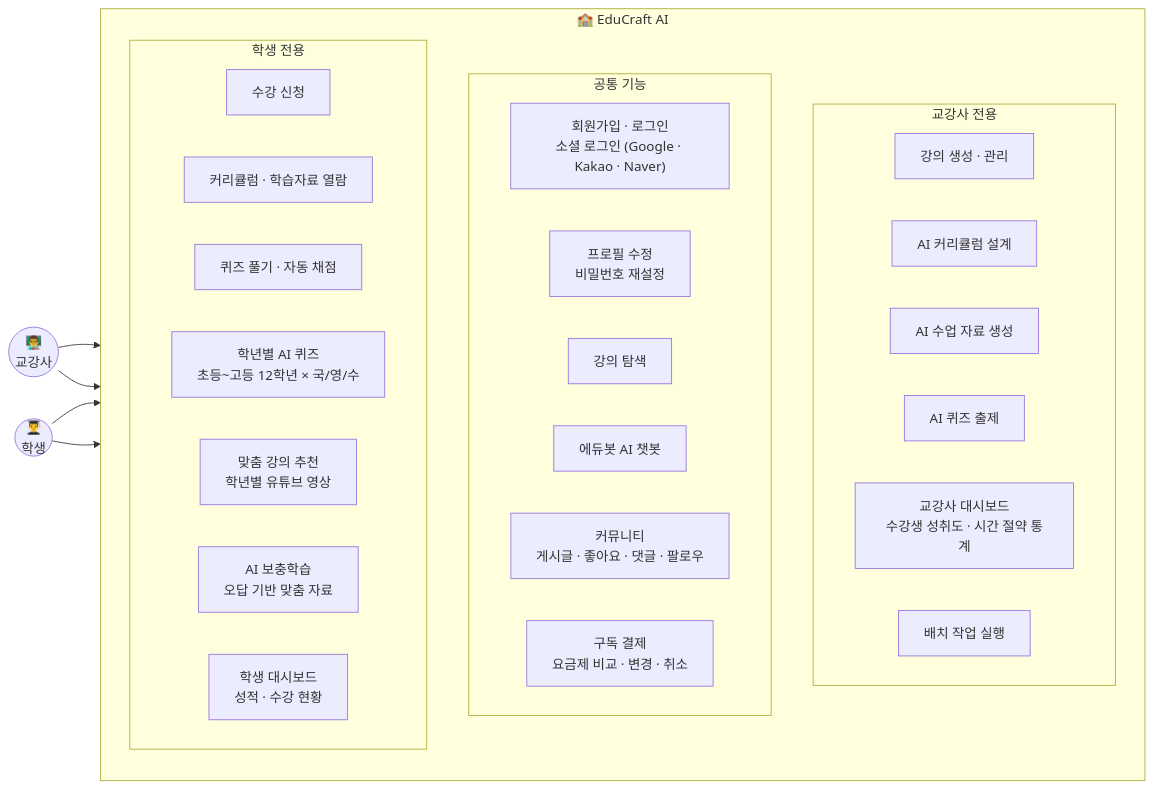
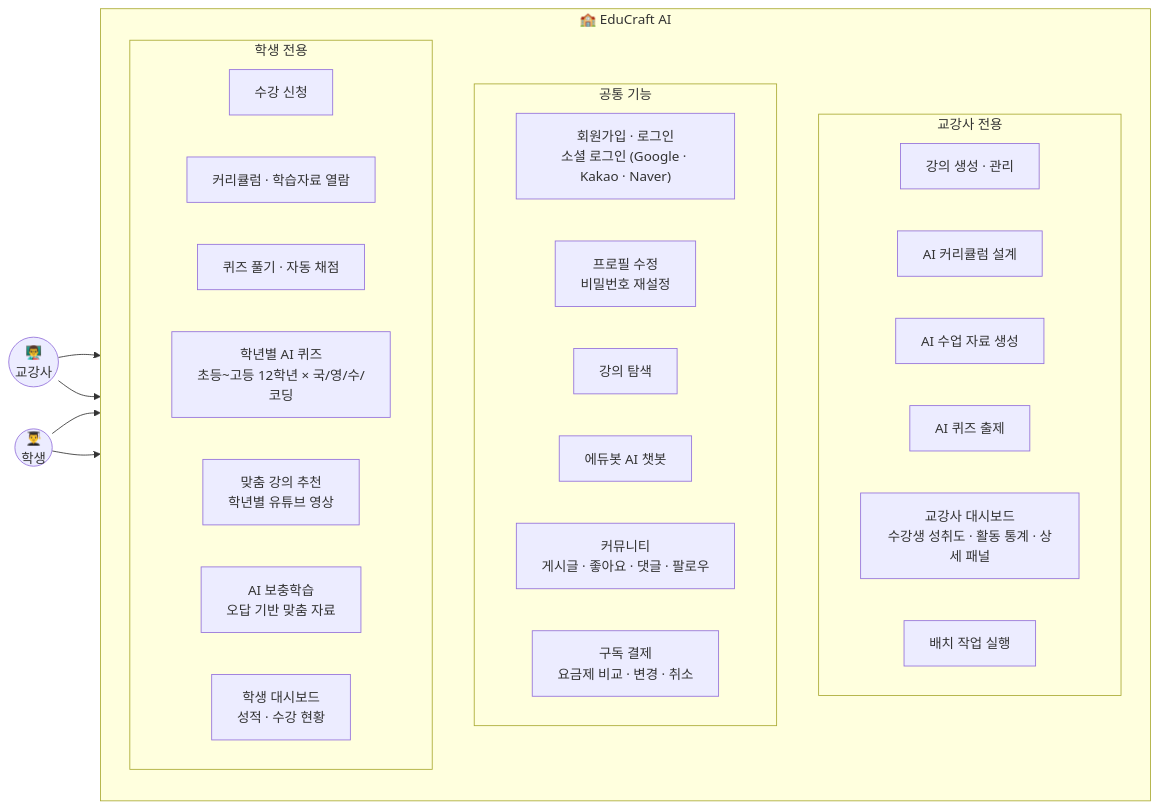
One commit to GEONHO96/EduCraft-AI changed the third of 4 diagrams in README.md. Above: the diagram before and after it, drawn with Mermaid. The commit also changed other lines of this file and 3 other files, not shown here.

````diff
--- a/README.md
+++ b/README.md
@@ -366,43 +366,43 @@
 ```mermaid
 flowchart LR
     T(("👨‍🏫<br/>교강사"))
 
     subgraph System["🏫 EduCraft AI"]
         direction TB
 
         subgraph TOnly["교강사 전용"]
             T1["강의 생성 · 관리"]
             T2["AI 커리큘럼 설계"]
             T3["AI 수업 자료 생성"]
             T4["AI 퀴즈 출제"]
-            T5["교강사 대시보드<br/>수강생 성취도 · 시간 절약 통계"]
+            T5["교강사 대시보드<br/>수강생 성취도 · 활동 통계 · 상세 패널"]
             T6["배치 작업 실행"]
         end
 
         subgraph Common["공통 기능"]
             C1["회원가입 · 로그인<br/>소셜 로그인 (Google · Kakao · Naver)"]
             C2["프로필 수정<br/>비밀번호 재설정"]
             C3["강의 탐색"]
             C4["에듀봇 AI 챗봇"]
             C5["커뮤니티<br/>게시글 · 좋아요 · 댓글 · 팔로우"]
             C6["구독 결제<br/>요금제 비교 · 변경 · 취소"]
         end
 
         subgraph SOnly["학생 전용"]
             S1["수강 신청"]
             S2["커리큘럼 · 학습자료 열람"]
             S3["퀴즈 풀기 · 자동 채점"]
-            S4["학년별 AI 퀴즈<br/>초등~고등 12학년 × 국/영/수"]
+            S4["학년별 AI 퀴즈<br/>초등~고등 12학년 × 국/영/수/코딩"]
             S5["맞춤 강의 추천<br/>학년별 유튜브 영상"]
             S6["AI 보충학습<br/>오답 기반 맞춤 자료"]
             S7["학생 대시보드<br/>성적 · 수강 현황"]
         end
     end
 
     S(("👨‍🎓<br/>학생"))
 
     T --> TOnly
     T --> Common
     S --> Common
     S --> SOnly
 ```
````
